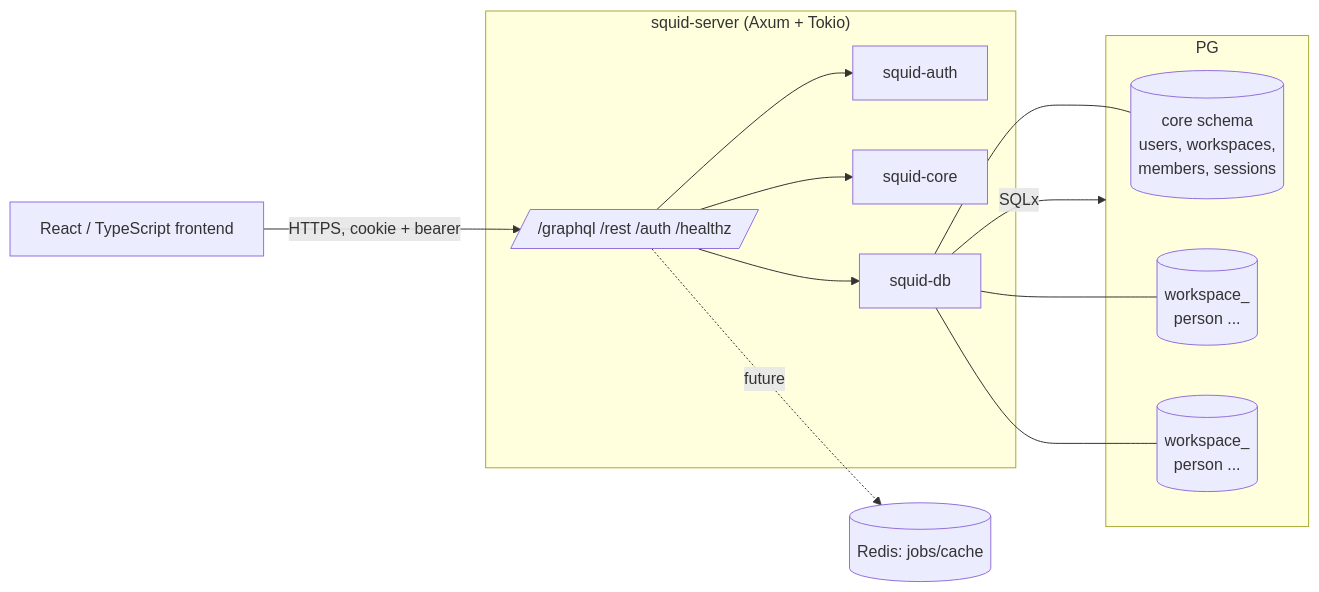
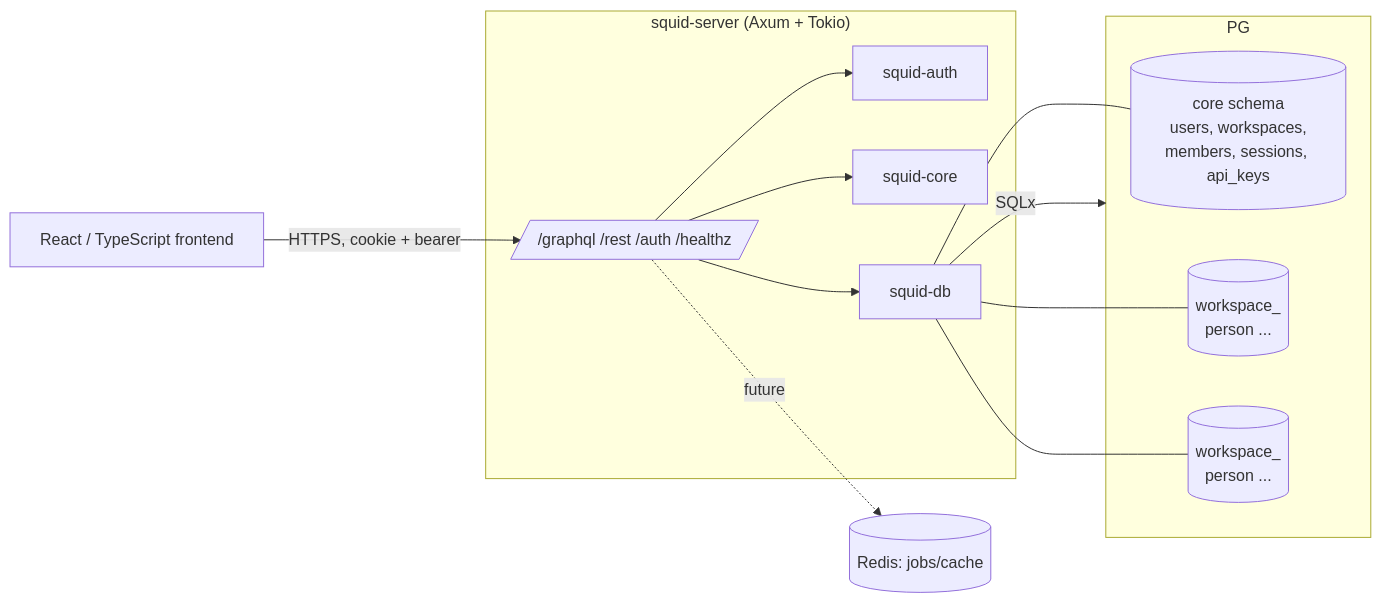
One commit to Mullassery/Squid-CRM changed the first of 3 diagrams in docs/architecture/overview.md. Above: the diagram before and after it, drawn with Mermaid. The commit also changed other lines of this file and 12 other files, not shown here.

````diff
--- a/docs/architecture/overview.md
+++ b/docs/architecture/overview.md
@@ -5,23 +5,23 @@
 ```mermaid
 flowchart LR
   Browser[React / TypeScript frontend] -->|HTTPS, cookie + bearer| API
   subgraph Rust["squid-server (Axum + Tokio)"]
     API[/"/graphql /rest /auth /healthz"/]
     AUTH[squid-auth]
     CORE[squid-core]
     DBLAYER[squid-db]
   end
   API --> AUTH
   API --> CORE
   API --> DBLAYER
   DBLAYER -->|SQLx| PG[(PostgreSQL 16)]
   subgraph PG
-    CORE_SCHEMA[(core schema\nusers, workspaces,\nmembers, sessions)]
+    CORE_SCHEMA[(core schema\nusers, workspaces,\nmembers, sessions, api_keys)]
     WS_A[(workspace_<id>\nperson ...)]
     WS_B[(workspace_<id>\nperson ...)]
   end
   DBLAYER --- CORE_SCHEMA
   DBLAYER --- WS_A
   DBLAYER --- WS_B
   API -. future .-> REDIS[(Redis: jobs/cache)]
 ```
````
